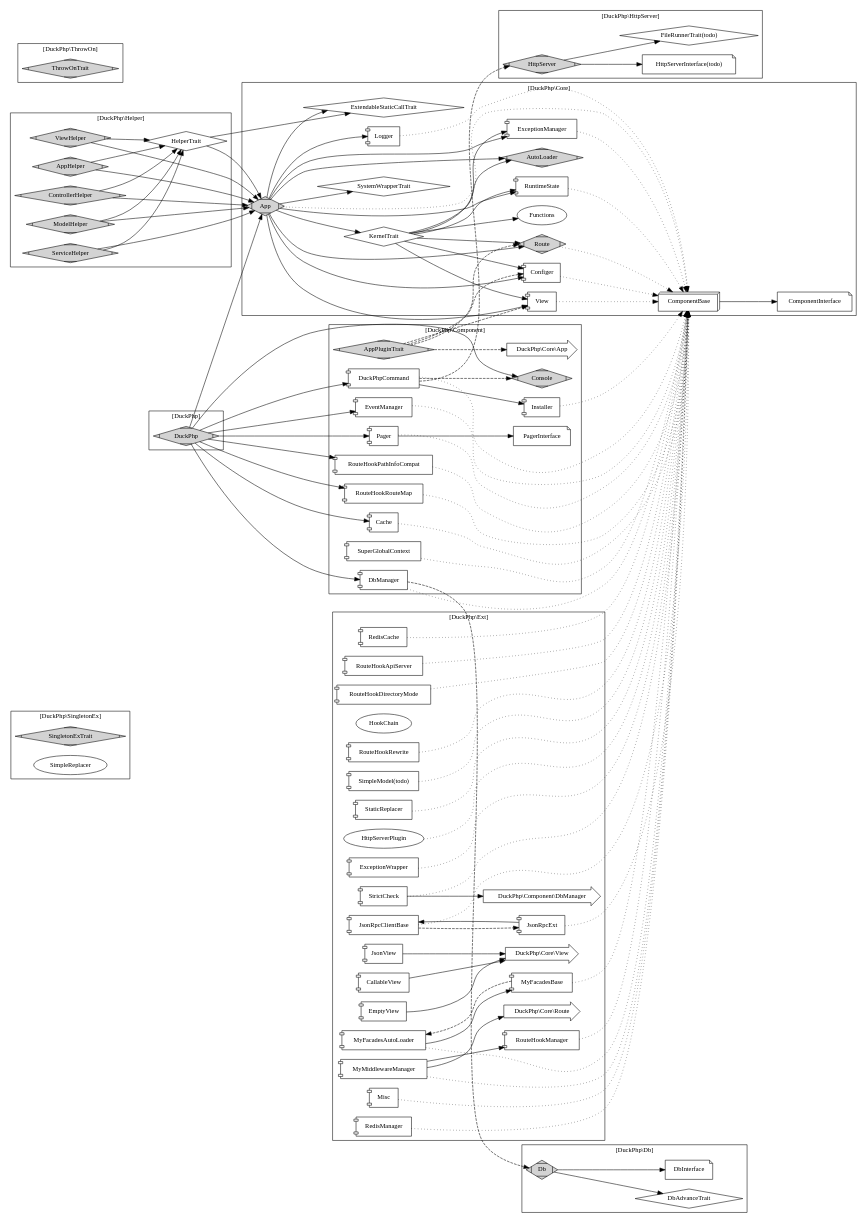
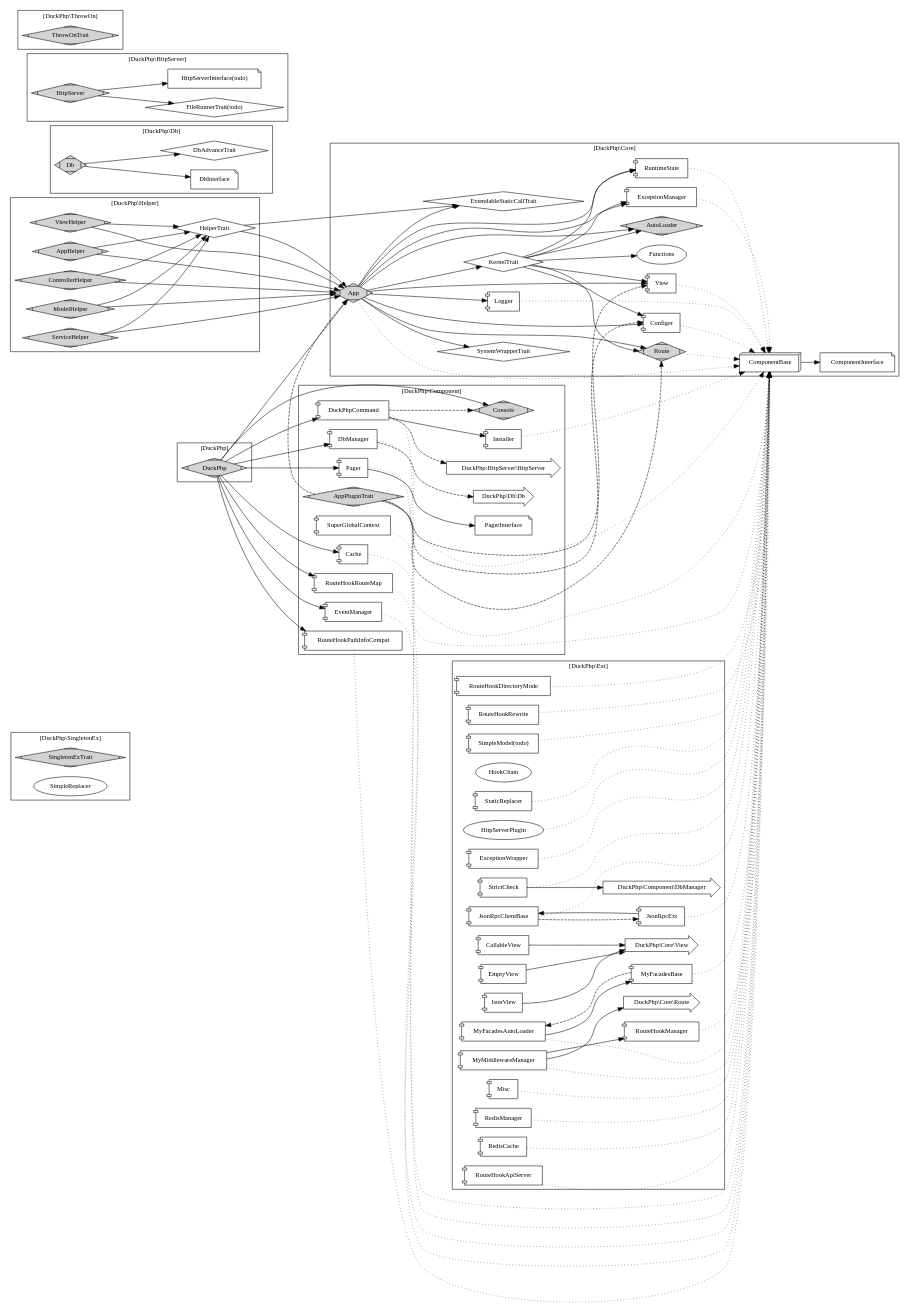
One commit to dvaknheo/duckphp changed the diagram in docs/duckphp.gv. Above: the diagram before and after it, drawn with Graphviz. The commit also changed 6 other files, not shown here.

Commit message:
微调,向服务器传递 http_app_class 选项

```diff
--- a/docs/duckphp.gv
+++ b/docs/duckphp.gv
@@ -113,10 +113,9 @@
 }
 
 subgraph cluster_Component {
-
     label = "[DuckPhp\\Component]";
+    
     AppPluginTrait [shape=Mdiamond;style=filled];
-
     Cache[shape="component"];
     Console[shape=Mdiamond;style=filled];
     DbManager[shape="component"];
@@ -128,12 +127,13 @@
     RouteHookPathInfoCompat[shape="component"];
     RouteHookRouteMap[shape="component"];
     SuperGlobalContext[shape="component"];
-    X_App[label="DuckPhp\\Core\\App",shape="rarrow"];
+    X_HttpServer[label="DuckPhp\\HttpServer\\HttpServer",shape="rarrow"];
+    X_Db_Db[label="DuckPhp\\Db\\Db",shape="rarrow"];
     
     AppPluginTrait -> Configer [style="dashed"]; 
     AppPluginTrait -> View [style="dashed"]; 
     AppPluginTrait -> Route [style="dashed"]; 
-    AppPluginTrait -> X_App [style="dashed"]; 
+    AppPluginTrait -> App [style="dashed"]; 
     
     Cache -> ComponentBase [style="dotted"];
     DuckPhpCommand -> ComponentBase [style="dotted"];
@@ -149,8 +149,8 @@
     
     DuckPhpCommand -> Console [style="dashed"]; 
     DuckPhpCommand -> Installer; 
-    DuckPhpCommand -> HttpServer [style="dashed"]; 
-    DbManager -> Db_Db [style="dashed"]; 
+    DuckPhpCommand -> X_HttpServer [style="dashed"]; 
+    DbManager -> X_Db_Db [style="dashed"]; 
 
     Pager -> PagerInterface; 
 }
```
